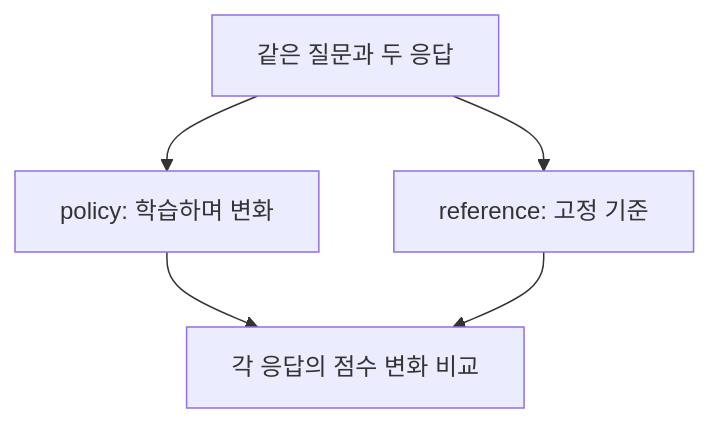
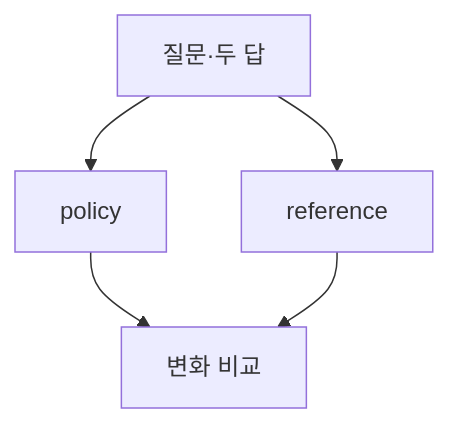
The diagram in _posts/2026-11-24-dpo-reference-margin-loss.md (ho-yu/ho-yu.github.io), drawn with Mermaid before and after one commit. The commit also changed 2 other files, not shown here.

Commit message:
post: improve DPO diagrams for mobile readability

````diff
--- a/_posts/2026-11-24-dpo-reference-margin-loss.md
+++ b/_posts/2026-11-24-dpo-reference-margin-loss.md
@@ -19,7 +19,7 @@
 ```mermaid
 flowchart TD
-    X["같은 질문과 두 응답"] --> P["policy: 학습하며 변화"]
-    X --> R["reference: 고정 기준"]
-    P --> M["각 응답의 점수 변화 비교"]
+    X["질문·두 답"] --> P["policy"]
+    X --> R["reference"]
+    P --> M["변화 비교"]
     R --> M
 ```
````
